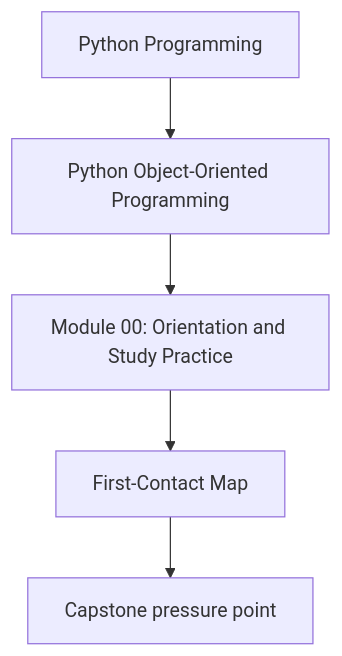
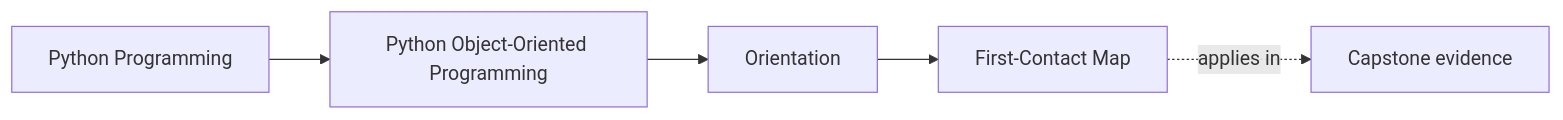
The first of 2 diagrams in programs/python-programming/python-object-oriented-programming/course-book/module-00-orientation/first-contact-map.md (bijux/bijux-masterclass), drawn with Mermaid before and after one commit. The commit also changed other lines of this file and 65 other files, not shown here.

Commit message:
docs(python-object-oriented-programming): map object model and design foundations

````diff
--- a/programs/python-programming/python-object-oriented-programming/course-book/module-00-orientation/first-contact-map.md
+++ b/programs/python-programming/python-object-oriented-programming/course-book/module-00-orientation/first-contact-map.md
@@ -6,7 +6,11 @@
 ```mermaid
-flowchart TD
-  family["Python Programming"] --> program["Python Object-Oriented Programming"]
-  program --> module["Module 00: Orientation and Study Practice"]
-  module --> concept["First-Contact Map"]
-  concept --> capstone["Capstone pressure point"]
+graph LR
+  family["Python Programming"]
+  program["Python Object-Oriented Programming"]
+  section["Orientation"]
+  page["First-Contact Map"]
+  capstone["Capstone evidence"]
+
+  family --> program --> section --> page
+  page -.applies in.-> capstone
 ```
````
